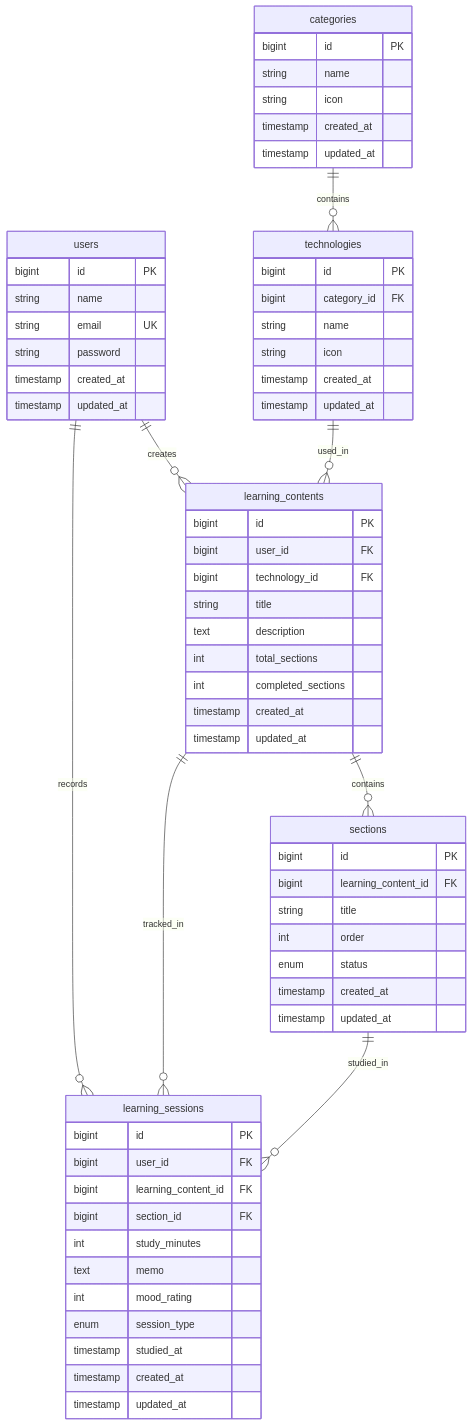
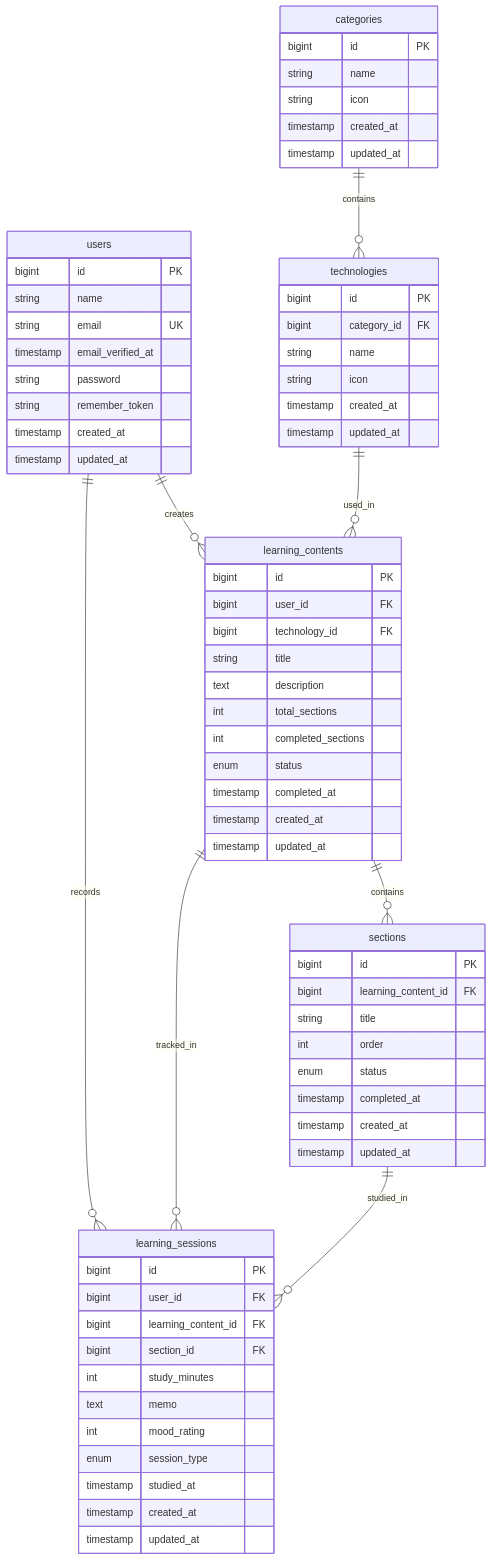
One commit to SHUN5872698/learn-track-pro changed the second of 5 diagrams in .gemini/docs/project-infos/要件定義書.md. Above: the diagram before and after it, drawn with Mermaid. The commit also changed other lines of this file and 4 other files, not shown here.

````diff
--- a/.gemini/docs/project-infos/要件定義書.md
+++ b/.gemini/docs/project-infos/要件定義書.md
@@ -260,73 +307,78 @@
 ```mermaid
 erDiagram
     users ||--o{ learning_contents : "creates"
     users ||--o{ learning_sessions : "records"
     categories ||--o{ technologies : "contains"
     technologies ||--o{ learning_contents : "used_in"
     learning_contents ||--o{ sections : "contains"
     learning_contents ||--o{ learning_sessions : "tracked_in"
     sections ||--o{ learning_sessions : "studied_in"
 
     users {
         bigint id PK
         string name
         string email UK
+        timestamp email_verified_at
         string password
+        string remember_token
         timestamp created_at
         timestamp updated_at
     }
 
     categories {
         bigint id PK
         string name
         string icon
         timestamp created_at
         timestamp updated_at
     }
 
     technologies {
         bigint id PK
         bigint category_id FK
         string name
         string icon
         timestamp created_at
         timestamp updated_at
     }
 
     learning_contents {
         bigint id PK
         bigint user_id FK
         bigint technology_id FK
         string title
         text description
         int total_sections
         int completed_sections
+        enum status
+        timestamp completed_at
         timestamp created_at
         timestamp updated_at
     }
 
     sections {
         bigint id PK
         bigint learning_content_id FK
         string title
         int order
         enum status
+        timestamp completed_at
         timestamp created_at
         timestamp updated_at
     }
 
     learning_sessions {
         bigint id PK
         bigint user_id FK
         bigint learning_content_id FK
         bigint section_id FK
         int study_minutes
         text memo
         int mood_rating
         enum session_type
         timestamp studied_at
         timestamp created_at
         timestamp updated_at
     }
 
 ```
````
